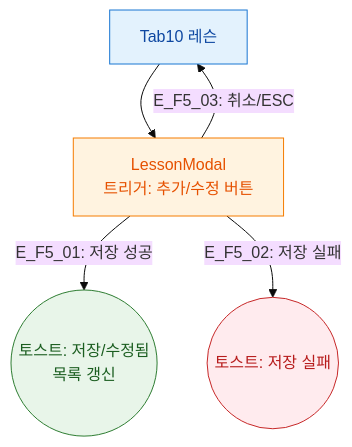
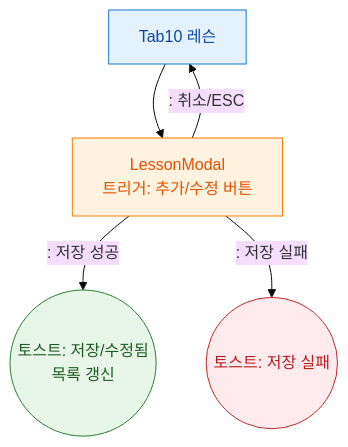
Before and after one commit to dev-spogym/admin-pando: the diagram in docs/다이어그램/D02_회원관리/SCR-M004_회원상세/Tab10_레슨/F5_모달트리거.md, drawn with Mermaid (base theme). The commit also changed other lines of this file and 1660 other files, not shown here.

First line of the commit message:
다이어그램: 기획자/클라이언트 납품본으로 정리

````diff
--- a/docs/다이어그램/D02_회원관리/SCR-M004_회원상세/Tab10_레슨/F5_모달트리거.md
+++ b/docs/다이어그램/D02_회원관리/SCR-M004_회원상세/Tab10_레슨/F5_모달트리거.md
@@ -22,16 +20,16 @@
 ```mermaid
 flowchart TD
   TAB[Tab10 레슨] --> MODAL[LessonModal\n트리거: 추가/수정 버튼]
-  MODAL -->|"E_F5_01: 저장 성공"| OK((토스트: 저장/수정됨\n목록 갱신))
-  MODAL -->|"E_F5_02: 저장 실패"| ERR((토스트: 저장 실패))
-  MODAL -->|"E_F5_03: 취소/ESC"| TAB
+  MODAL -->|": 저장 성공"|OK((토스트: 저장/수정됨\n목록 갱신))
+  MODAL -->|": 저장 실패"|ERR((토스트: 저장 실패))
+  MODAL -->|": 취소/ESC"|TAB
 
   classDef screen fill:#E3F2FD,stroke:#1976D2,color:#0D47A1
   classDef modal fill:#FFF3E0,stroke:#F57C00,color:#E65100
   classDef success fill:#E8F5E9,stroke:#2E7D32,color:#1B5E20
   classDef error fill:#FFEBEE,stroke:#C62828,color:#B71C1C
   class TAB screen
   class MODAL modal
   class OK success
   class ERR error
 ```
````
